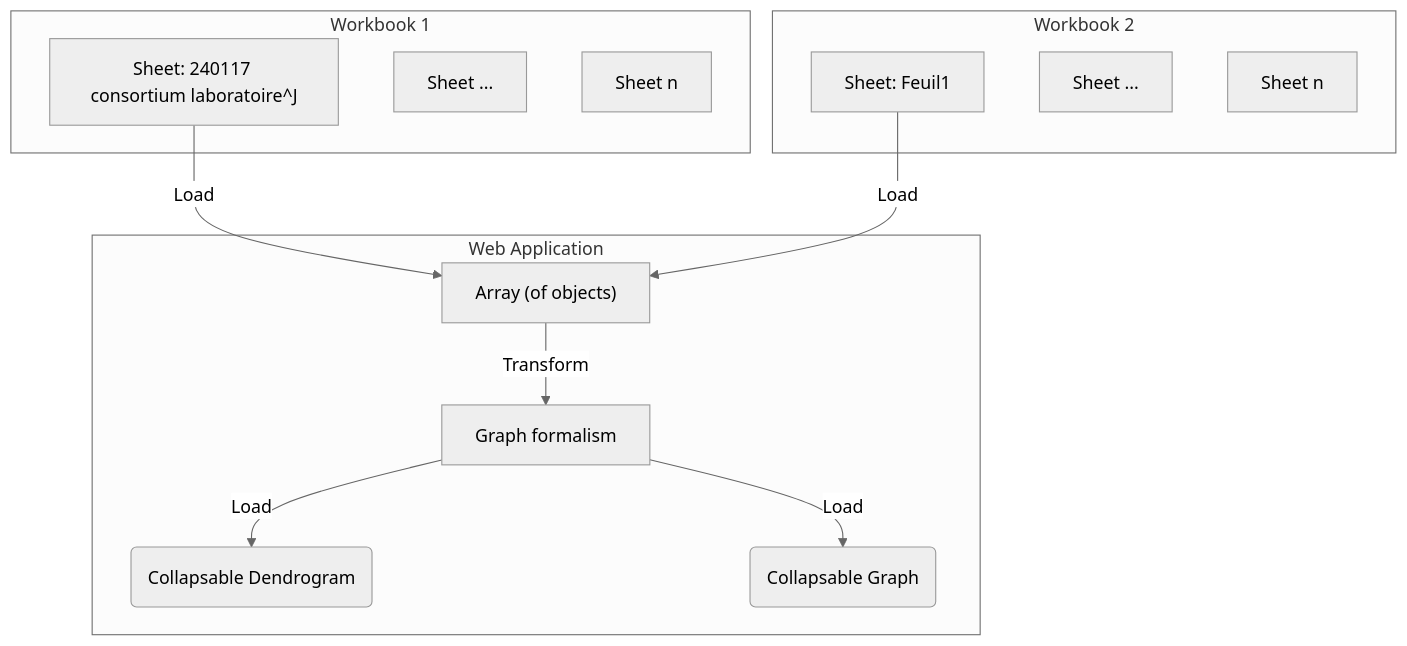
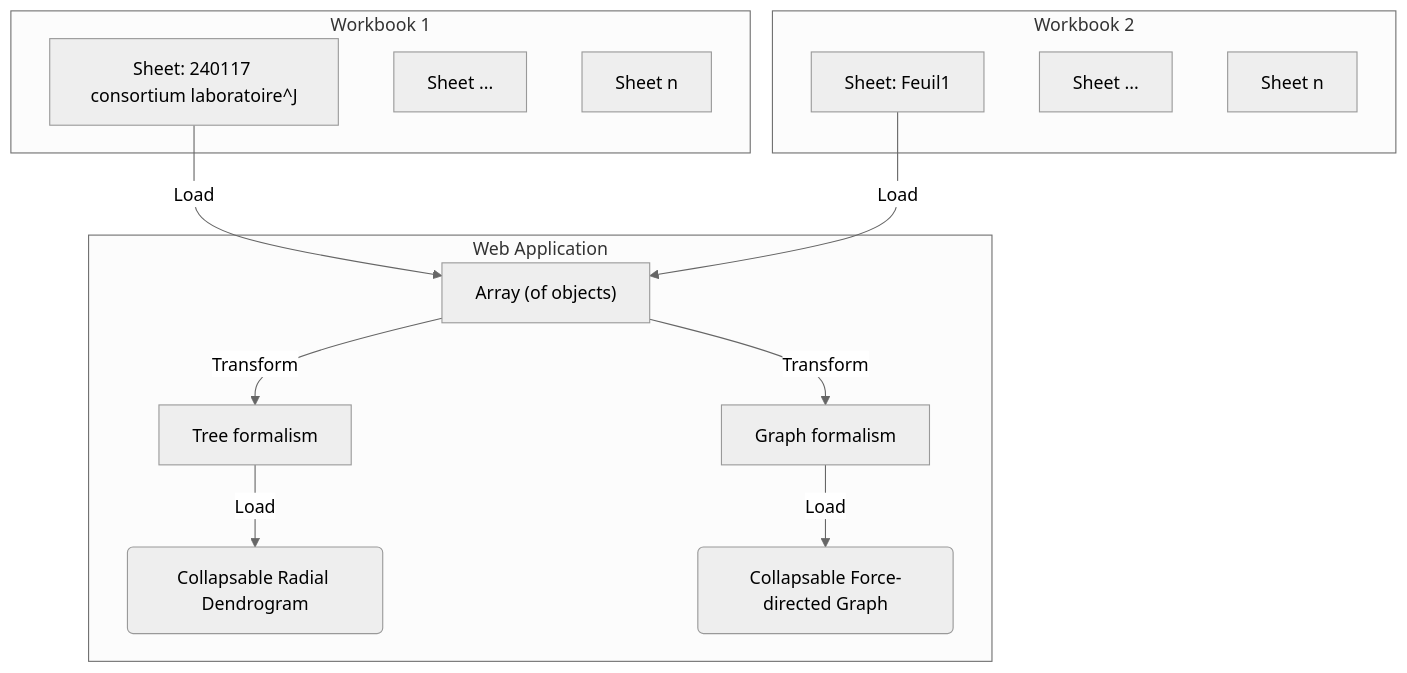
The diagram in data-visualization/docs/graph-test-1.md (VCityTeam/PEPR-VDBI), drawn with Mermaid (neutral theme) before and after one commit. The commit also changed other lines of this file and 2 other files, not shown here.

````diff
--- a/data-visualization/docs/graph-test-1.md
+++ b/data-visualization/docs/graph-test-1.md
@@ -93,20 +89,21 @@
 ```mermaid
 flowchart TD
     subgraph "Workbook 1"
         AA[Sheet: 240117 consortium laboratoire^J]
         AB[Sheet ...]
         AC[Sheet n]
     end
     subgraph "Workbook 2"
         BA[Sheet: Feuil1]
         BB[Sheet ...]
         BC[Sheet n]
     end
     AA -->|Load| C
     BA -->|Load| C
     subgraph Web Application
-        C["Array (of objects)"] -->|Transform| F[Graph formalism]
-        F -->|Load| G(Collapsable Dendrogram)
-        F -->|Load| D(Collapsable Graph)
+        C["Array (of objects)"] -->|Transform| TF[Tree formalism]
+        C["Array (of objects)"] -->|Transform| GF[Graph formalism]
+        TF -->|Load| T(Collapsable Radial Dendrogram)
+        GF -->|Load| G(Collapsable Force-directed Graph)
     end
 ```
````
